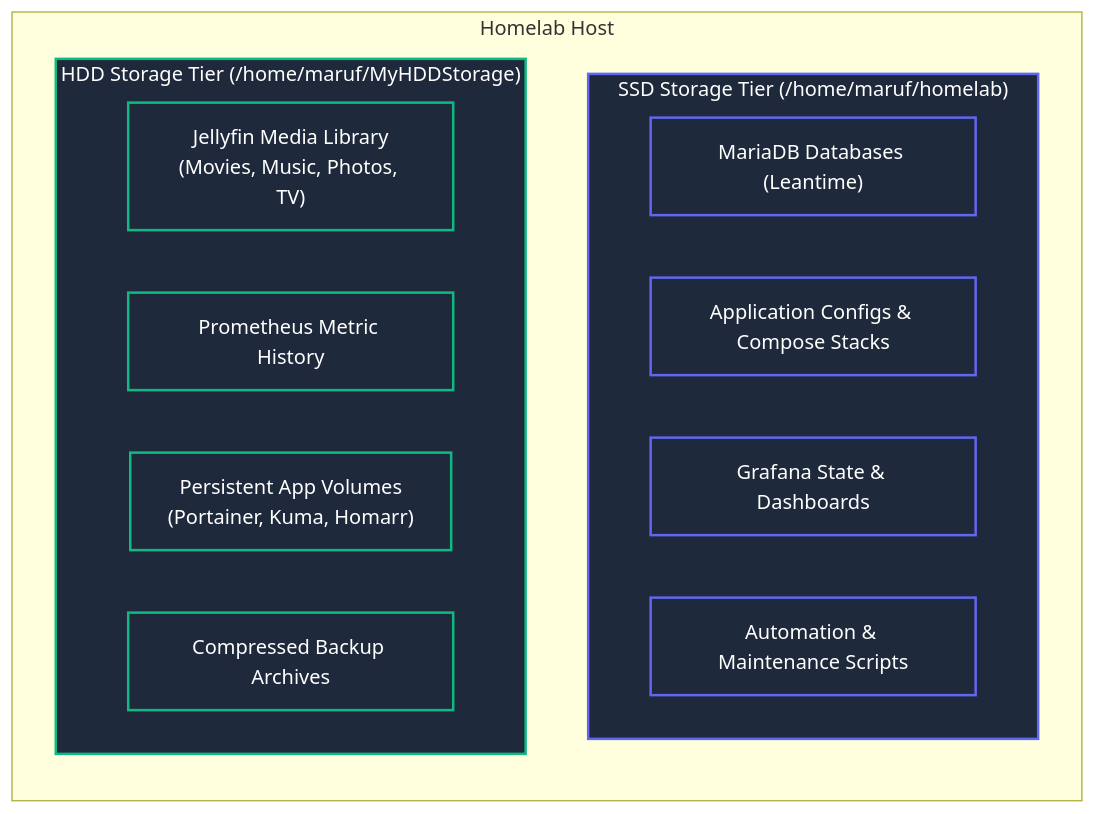
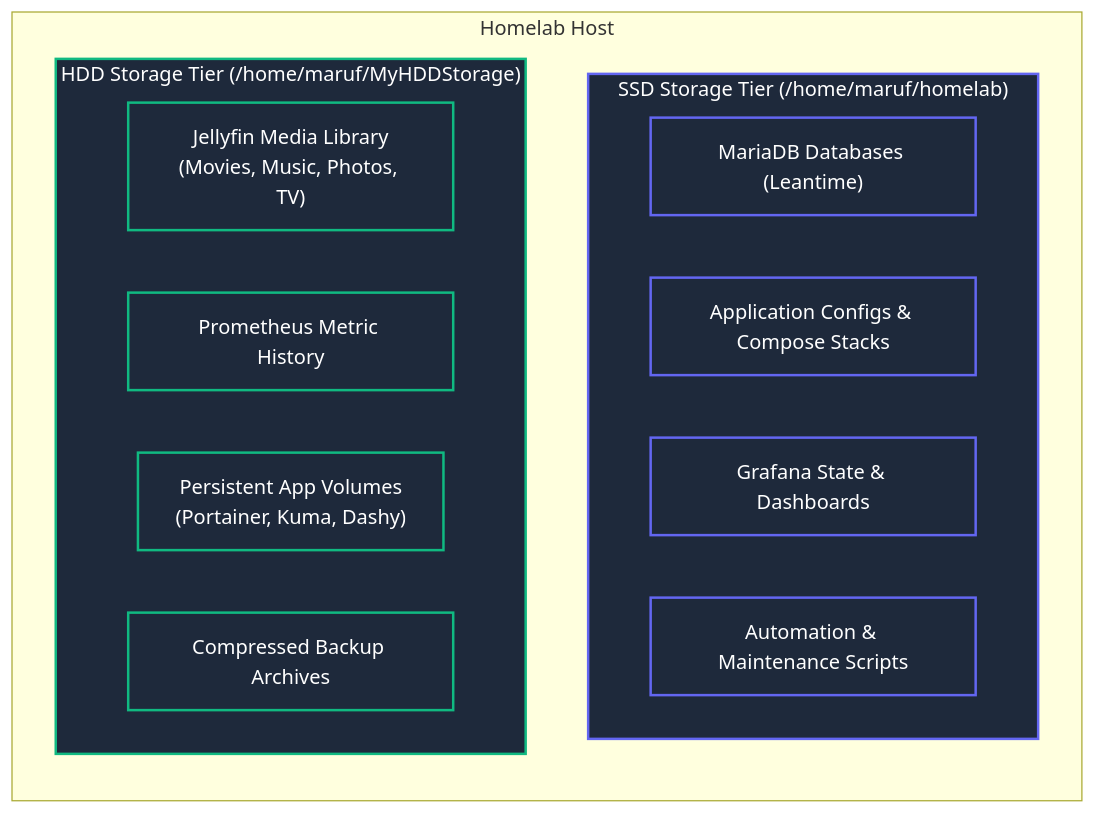
The second of 2 diagrams in HOMELAB_ARCHITECTURE_GUIDE.md (maruf-pfc/homelab), drawn with Mermaid before and after one commit. The commit also changed other lines of this file and 7 other files, not shown here.

Commit message:
feat(dashboard): replace Homarr with Dashy on port 7575 and add RECOMMENDED_TOOLS guide

````diff
--- a/HOMELAB_ARCHITECTURE_GUIDE.md
+++ b/HOMELAB_ARCHITECTURE_GUIDE.md
@@ -65,26 +65,26 @@
 ```mermaid
 flowchart LR
     subgraph HostServer["Homelab Host"]
         
         subgraph SSD["SSD Storage Tier (/home/maruf/homelab)"]
             SSD_DB["MariaDB Databases (Leantime)"]
             SSD_CFG["Application Configs & Compose Stacks"]
             SSD_GRAF["Grafana State & Dashboards"]
             SSD_SCRIPTS["Automation & Maintenance Scripts"]
         end
         
         subgraph HDD["HDD Storage Tier (/home/maruf/MyHDDStorage)"]
             HDD_MEDIA["Jellyfin Media Library\n(Movies, Music, Photos, TV)"]
             HDD_PROM["Prometheus Metric History"]
-            HDD_VOLS["Persistent App Volumes\n(Portainer, Kuma, Homarr)"]
+            HDD_VOLS["Persistent App Volumes\n(Portainer, Kuma, Dashy)"]
             HDD_BACKUP["Compressed Backup Archives"]
         end
         
     end
 
     classDef ssdStyle fill:#1e293b,stroke:#6366f1,stroke-width:2px,color:#fff;
     classDef hddStyle fill:#1e293b,stroke:#10b981,stroke-width:2px,color:#fff;
     
     class SSD,SSD_DB,SSD_CFG,SSD_GRAF,SSD_SCRIPTS ssdStyle;
     class HDD,HDD_MEDIA,HDD_PROM,HDD_VOLS,HDD_BACKUP hddStyle;
 ```
````
